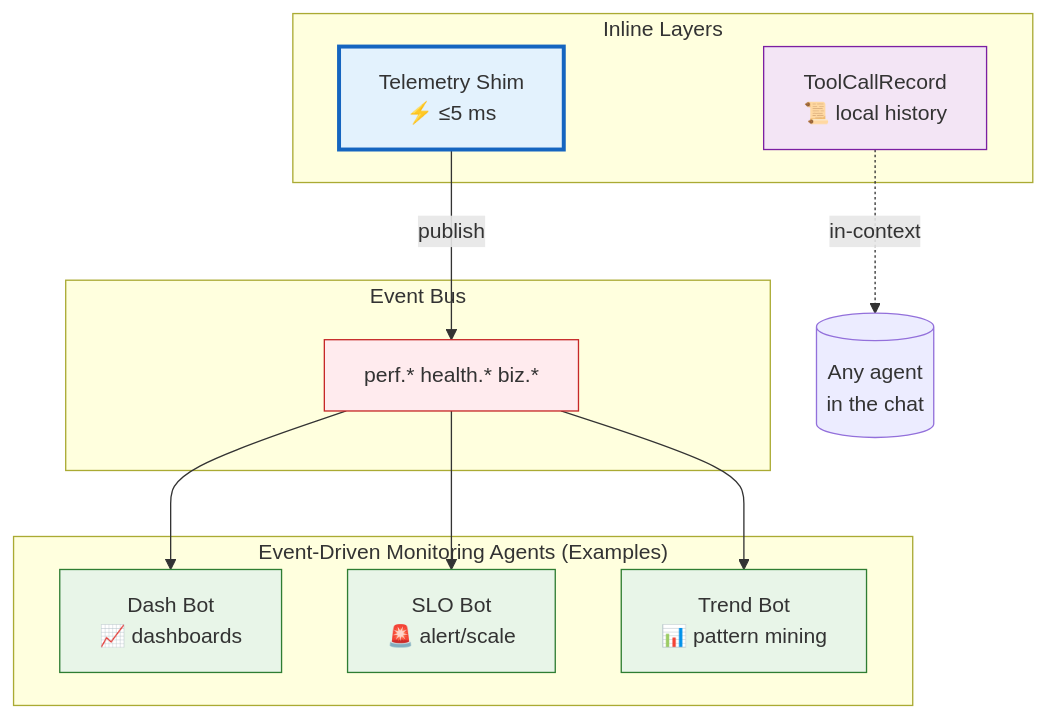
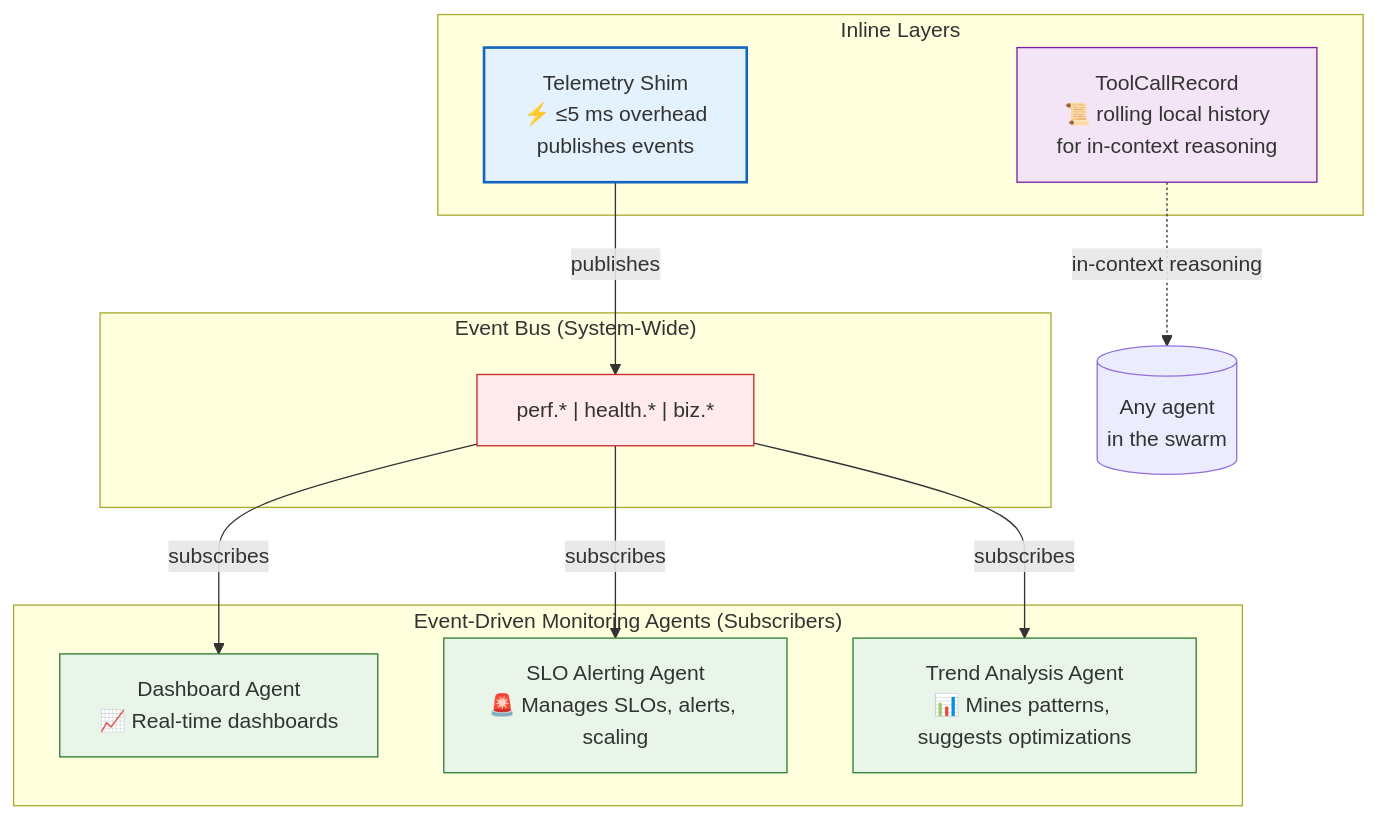
Before and after one commit to Vrooli/Vrooli: the diagram in docs/architecture/execution/monitoring/README.md, drawn with Mermaid. The commit also changed other lines of this file and 10 other files, not shown here.

````diff
--- a/docs/architecture/execution/monitoring/README.md
+++ b/docs/architecture/execution/monitoring/README.md
@@ -88,22 +14,22 @@
 ```mermaid
 graph TB
   subgraph "Inline Layers"
-    Shim[Telemetry Shim<br/>⚡ ≤5 ms]:::shim
-    History[ToolCallRecord<br/>📜 local history]:::hist
+    Shim[Telemetry Shim<br/>⚡ ≤5 ms overhead<br/> publishes events]:::shim
+    History[ToolCallRecord<br/>📜 rolling local history<br/> for in-context reasoning]:::hist
   end
-  subgraph "Event Bus"
-    Telemetry["perf.*  health.*  biz.*"]:::events
+  subgraph "Event Bus (System-Wide)"
+    Telemetry["perf.* | health.* | biz.*"]:::events
   end
-  subgraph "Event-Driven Monitoring Agents (Examples)"
-    DashBot[Dash Bot<br/>📈 dashboards]:::agent
-    SLOBot[SLO Bot<br/>🚨 alert/scale]:::agent
-    TrendBot[Trend Bot<br/>📊 pattern mining]:::agent
+  subgraph "Event-Driven Monitoring Agents (Subscribers)"
+    DashBot[Dashboard Agent<br/>📈 Real-time dashboards]:::agent
+    SLOBot[SLO Alerting Agent<br/>🚨 Manages SLOs, alerts, scaling]:::agent
+    TrendBot[Trend Analysis Agent<br/>📊 Mines patterns, suggests optimizations]:::agent
   end
-  Shim -- publish --> Telemetry
-  Telemetry --> DashBot & SLOBot & TrendBot
-  History -. in-context .-> AgentsInChat[(Any agent<br/>in the chat)]
-classDef shim fill:#e3f2fd,stroke:#1565c0,stroke-width:3px
+  Shim -- "publishes" --> Telemetry
+  Telemetry -- "subscribes" --> DashBot & SLOBot & TrendBot
+  History -. "in-context reasoning" .-> AgentsInChat[(Any agent<br/>in the swarm)]
+classDef shim fill:#e3f2fd,stroke:#1565c0,stroke-width:2px
 classDef hist fill:#f3e5f5,stroke:#7b1fa2
 classDef events fill:#ffebee,stroke:#c62828
 classDef agent fill:#e8f5e8,stroke:#2e7d32
 ```
````
